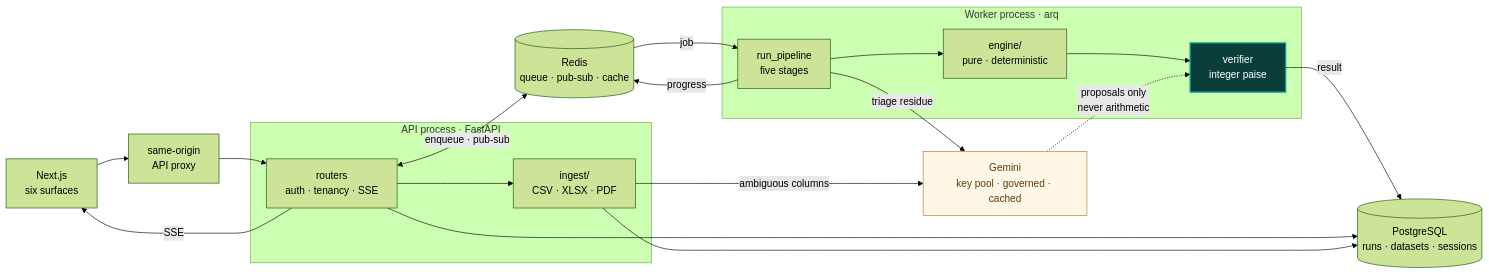
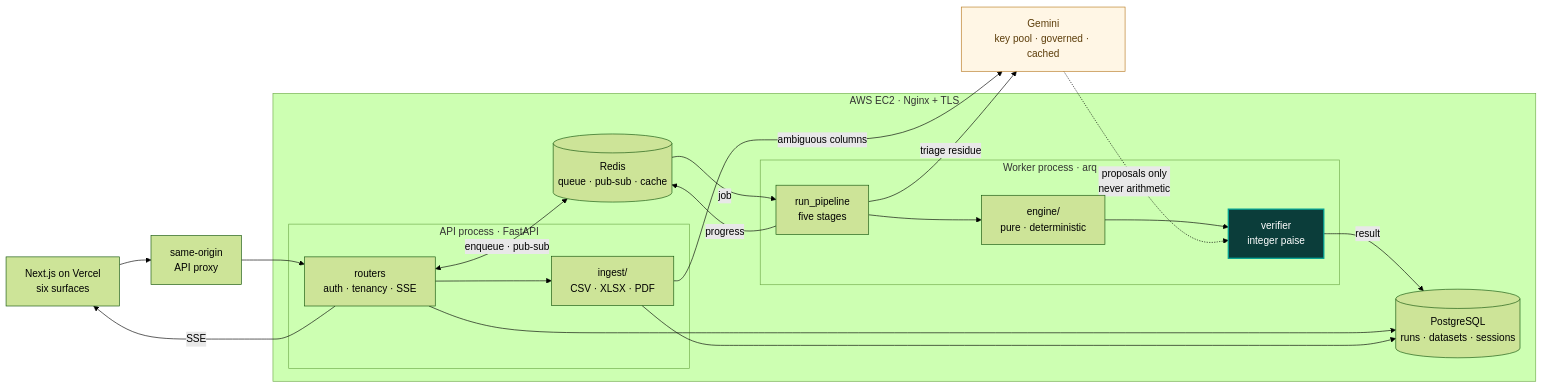
One commit to RiteshGadarla/Ledgerline changed the second of 2 diagrams in README.md. Above: the diagram before and after it, drawn with Mermaid (forest theme). The commit also changed other lines of this file and 1 other file, not shown here.

````diff
--- a/README.md
+++ b/README.md
@@ -178,38 +201,41 @@
 ```mermaid
 flowchart LR
-    UI["Next.js<br/>six surfaces"] --> PROXY["same-origin<br/>API proxy"]
+    UI["Next.js on Vercel<br/>six surfaces"] --> PROXY["same-origin<br/>API proxy"]
 
-    subgraph api["API process · FastAPI"]
-        ROUTES["routers<br/>auth · tenancy · SSE"]
-        INGEST["ingest/<br/>CSV · XLSX · PDF"]
+    subgraph aws["AWS EC2 · Nginx + TLS"]
+        subgraph api["API process · FastAPI"]
+            ROUTES["routers<br/>auth · tenancy · SSE"]
+            INGEST["ingest/<br/>CSV · XLSX · PDF"]
+        end
+
+        subgraph worker["Worker process · arq"]
+            PIPE["run_pipeline<br/>five stages"]
+            ENGINE["engine/<br/>pure · deterministic"]
+            VERIFY["verifier<br/>integer paise"]
+        end
+
+        REDIS[("Redis<br/>queue · pub-sub · cache")]
+        PG[("PostgreSQL<br/>runs · datasets · sessions")]
     end
 
-    subgraph worker["Worker process · arq"]
-        PIPE["run_pipeline<br/>five stages"]
-        ENGINE["engine/<br/>pure · deterministic"]
-        VERIFY["verifier<br/>integer paise"]
-    end
-
-    REDIS[("Redis<br/>queue · pub-sub · cache")]
-    PG[("PostgreSQL<br/>runs · datasets · sessions")]
     GEMINI["Gemini<br/>key pool · governed · cached"]
 
     PROXY --> ROUTES
     ROUTES --> INGEST
     ROUTES <-->|"enqueue · pub-sub"| REDIS
     REDIS -->|"job"| PIPE
     PIPE --> ENGINE --> VERIFY -->|"result"| PG
     ROUTES --> PG
     INGEST --> PG
     PIPE -->|"progress"| REDIS
     ROUTES -->|"SSE"| UI
 
     INGEST -->|"ambiguous columns"| GEMINI
     PIPE -->|"triage residue"| GEMINI
     GEMINI -.->|"proposals only<br/>never arithmetic"| VERIFY
 
     classDef gate fill:#0b3d3a,stroke:#00a294,stroke-width:2px,color:#ffffff
     classDef ext fill:#fff6e5,stroke:#b7791f,color:#5c3d0a
     class VERIFY gate
     class GEMINI ext
 ```
````
